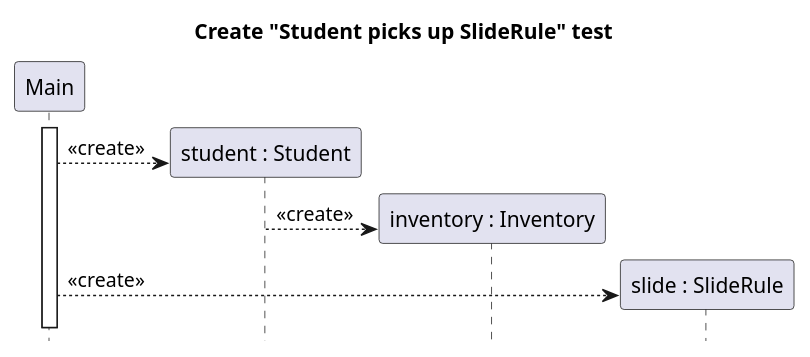
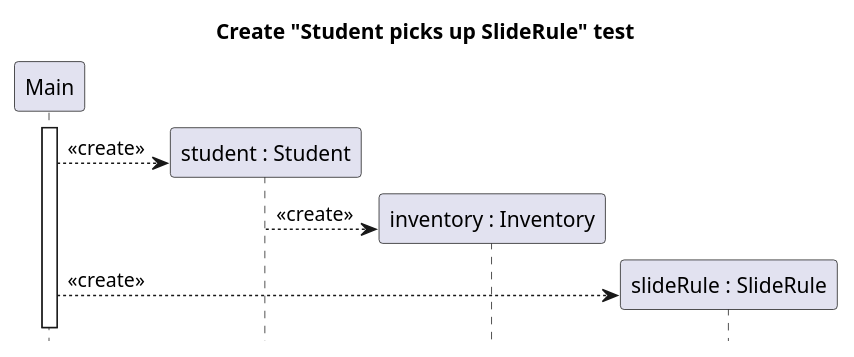
One commit to sn4k3ch4rm3r/logarlec changed the diagram in docs/diagrams/test-create-sequence/student-pickup-sliderule-create.puml. Above: the diagram before and after it, drawn with PlantUML. The commit also changed 15 other files, not shown here.

Commit message:
Sequence diagram consistency

```diff
--- a/docs/diagrams/test-create-sequence/student-pickup-sliderule-create.puml
+++ b/docs/diagrams/test-create-sequence/student-pickup-sliderule-create.puml
@@ -1,20 +1,20 @@
 @startuml student-pickup-sliderule-create
 
 title Create "Student picks up SlideRule" test
 hide footbox
 
 participant "Main" as main
 participant "student : Student" as stu
 participant "inventory : Inventory" as inv
-participant "slide : SlideRule" as slide
+participant "slideRule : SlideRule" as slide
 
 main++
 create stu
 main --> stu  : <<create>>
 create inv
 stu --> inv : <<create>>
 create slide
 main --> slide : <<create>>
 
 
 @enduml
```
